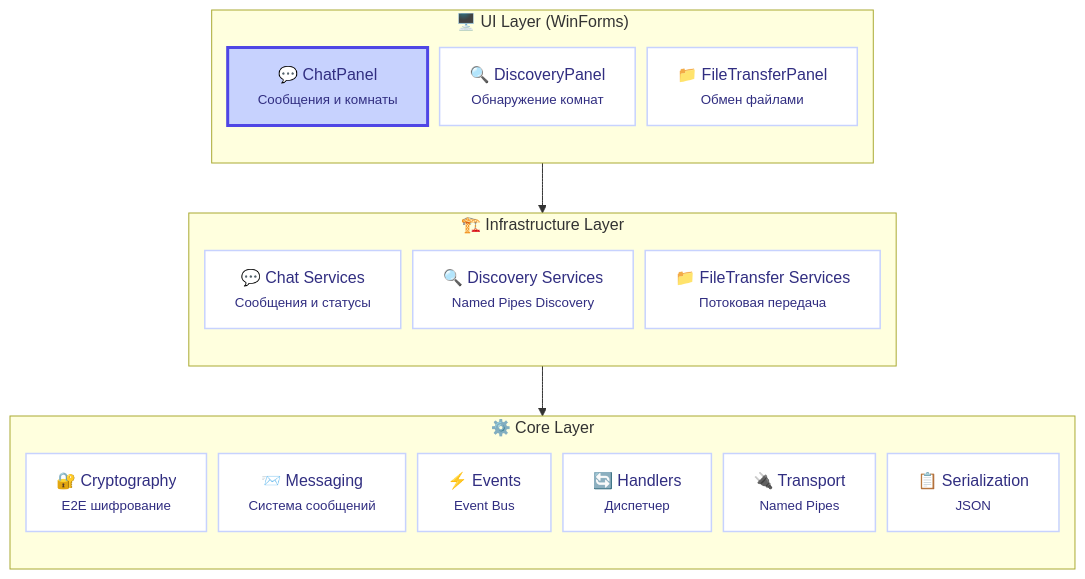
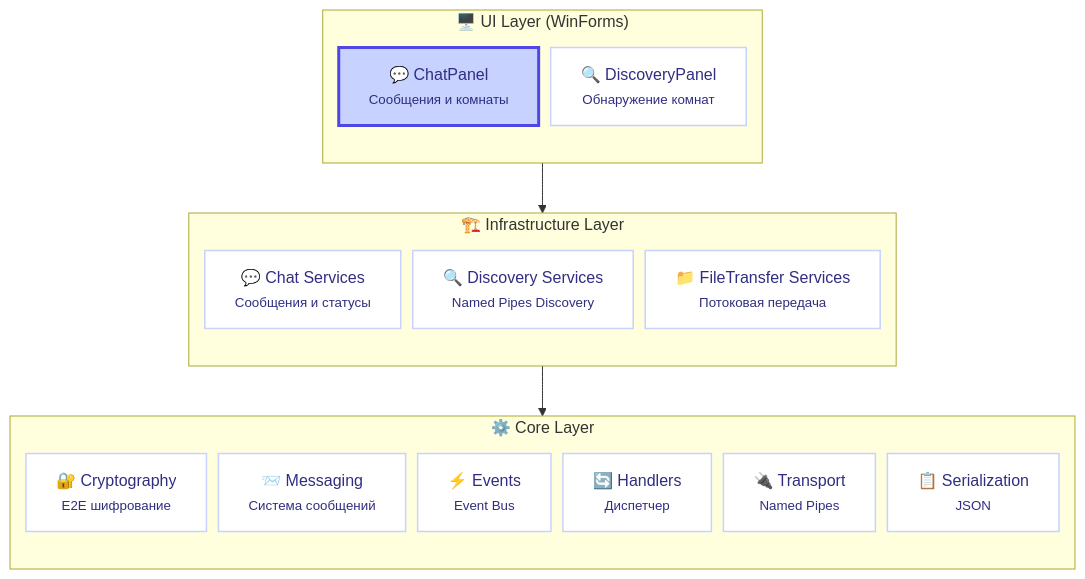
The first of 3 diagrams in README.ru.md (CasCadeVR/MIN), drawn with Mermaid before and after one commit. The commit also changed other lines of this file and 1 other file, not shown here.

Commit message:
review fixes

````diff
--- a/README.ru.md
+++ b/README.ru.md
@@ -48,42 +48,41 @@
 ```mermaid
 flowchart TB
     %%{init: {'flowchart': {'nodeSpacing': 12}}}%%
     classDef uiLayer fill:#dbeafe,stroke:#3b82f6,stroke-width:2px,color:#1e40af
     classDef infraLayer fill:#e0e7ff,stroke:#4f46e5,stroke-width:2px,color:#3730a3
     classDef coreLayer fill:#ede9fe,stroke:#7c3aed,stroke-width:2px,color:#5b21b6
     classDef component fill:#ffffff,stroke:#c7d2fe,stroke-width:1.5px,color:#312e81
     classDef highlight fill:#c7d2fe,stroke:#4f46e5,stroke-width:3px,color:#312e81
     
     subgraph UI["🖥️ UI Layer (WinForms)"]
         direction TB
         A["💬 ChatPanel<br><small>Сообщения и комнаты</small>"]
         B["🔍 DiscoveryPanel<br><small>Обнаружение комнат</small>"]
-        C["📁 FileTransferPanel<br><small>Обмен файлами</small>"]
     end
     
     subgraph INF["🏗️ Infrastructure Layer"]
         direction TB
-        D["💬 Chat Services<br><small>Сообщения и статусы</small>"]
-        E["🔍 Discovery Services<br><small>Named Pipes Discovery</small>"]
-        F["📁 FileTransfer Services<br><small>Потоковая передача</small>"]
+        C["💬 Chat Services<br><small>Сообщения и статусы</small>"]
+        D["🔍 Discovery Services<br><small>Named Pipes Discovery</small>"]
+        E["📁 FileTransfer Services<br><small>Потоковая передача</small>"]
     end
     
     subgraph CORE["⚙️ Core Layer"]
         direction TB
-        G["🔐 Cryptography<br><small>E2E шифрование</small>"]
-        H["📨 Messaging<br><small>Система сообщений</small>"]
-        I["⚡ Events<br><small>Event Bus</small>"]
-        J["🔄 Handlers<br><small>Диспетчер</small>"]
-        K["🔌 Transport<br><small>Named Pipes</small>"]
-        L["📋 Serialization<br><small>JSON</small>"]
+        F["🔐 Cryptography<br><small>E2E шифрование</small>"]
+        G["📨 Messaging<br><small>Система сообщений</small>"]
+        H["⚡ Events<br><small>Event Bus</small>"]
+        I["🔄 Handlers<br><small>Диспетчер</small>"]
+        J["🔌 Transport<br><small>Named Pipes</small>"]
+        K["📋 Serialization<br><small>JSON</small>"]
     end
     
     class A highlight;
-    class B,C,D,E,F,G,H,I,J,K,L component
+    class B,C,D,E,F,G,H,I,J,K component
     class UI uiLayer;
     class INF infraLayer;
     class CORE coreLayer
     
     UI --> INF
     INF --> CORE
 ```
````
